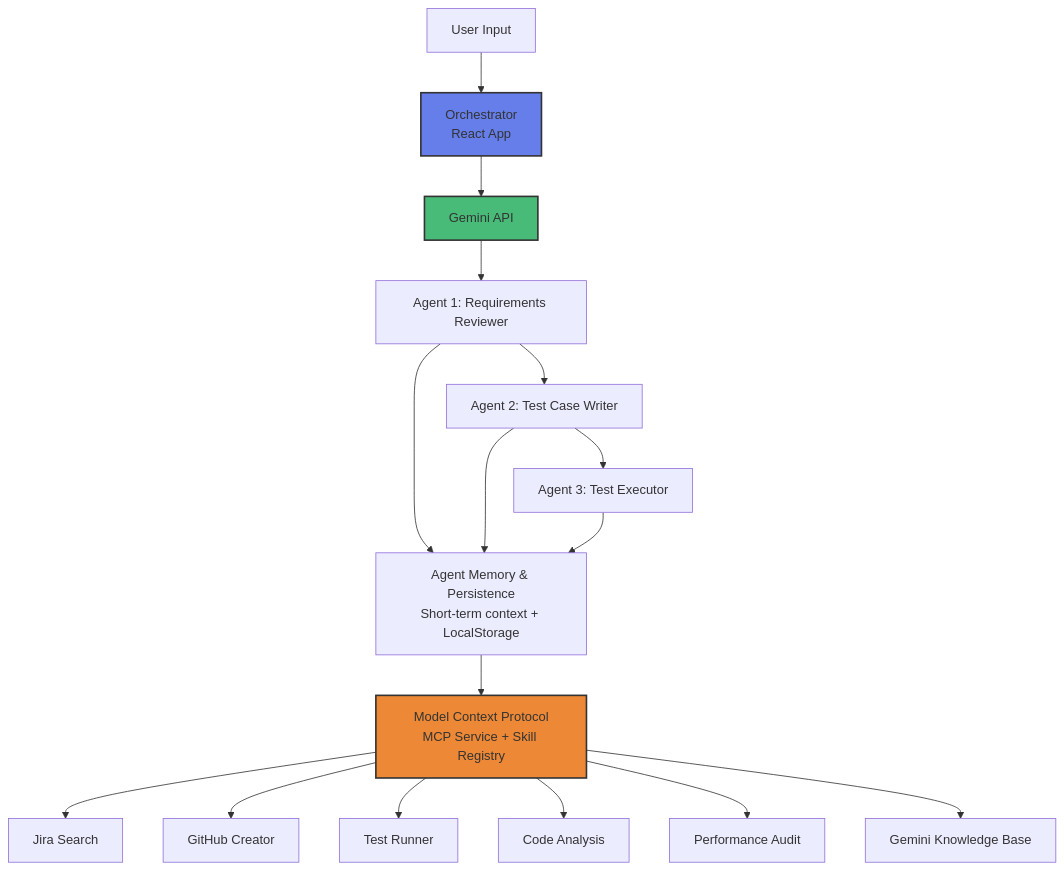
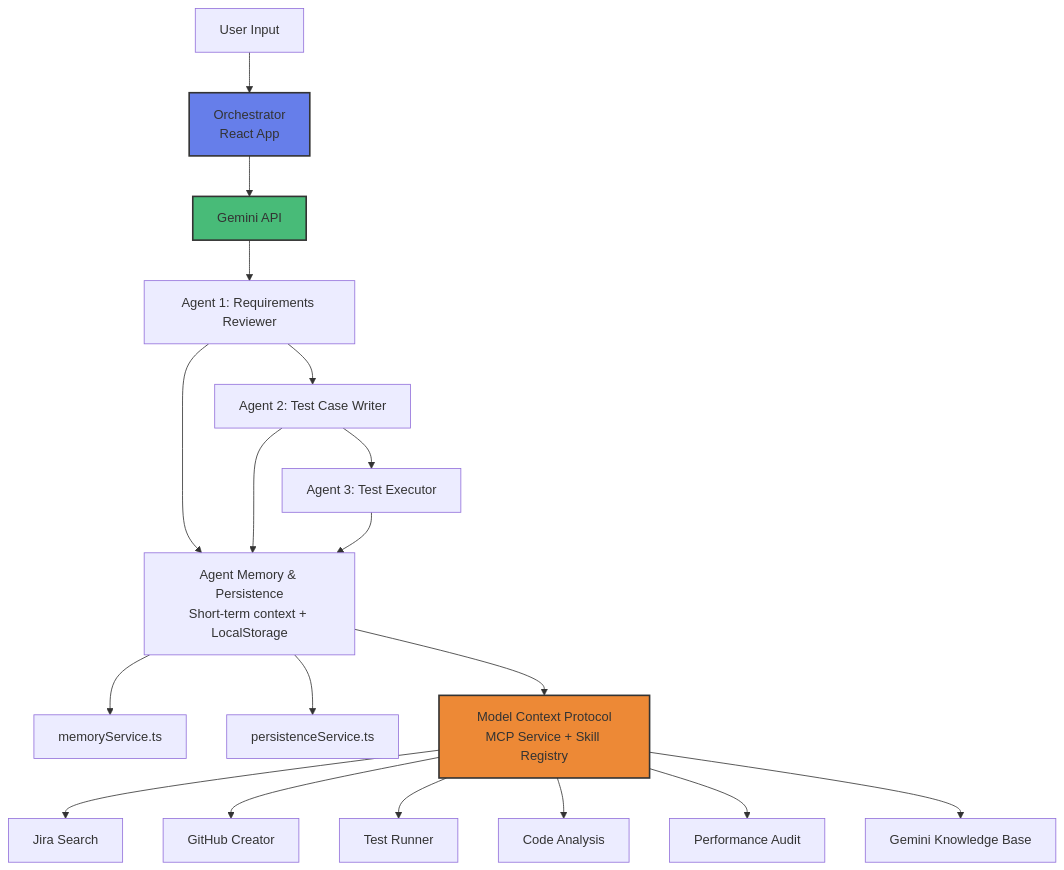
One commit to darshil0/qa-nexus-autonomous changed the diagram in README.md. Above: the diagram before and after it, drawn with Mermaid. The commit also changed other lines of this file and 11 other files, not shown here.

````diff
--- a/README.md
+++ b/README.md
@@ -285,24 +291,26 @@
 ```mermaid
 graph TD
     Input[User Input] --> Orch[Orchestrator<br/>React App]
     Orch --> API[Gemini API]
 
     API --> A1[Agent 1: Requirements Reviewer]
     A1 --> A2[Agent 2: Test Case Writer]
     A2 --> A3[Agent 3: Test Executor]
 
     A1 & A2 & A3 --> Memory[Agent Memory & Persistence<br/>Short-term context + LocalStorage]
+    Memory --> MS[memoryService.ts]
+    Memory --> PS[persistenceService.ts]
 
     Memory --> MCP[Model Context Protocol<br/>MCP Service + Skill Registry]
 
     MCP --> Jira[Jira Search]
     MCP --> Git[GitHub Creator]
     MCP --> Run[Test Runner]
     MCP --> Code[Code Analysis]
     MCP --> Perf[Performance Audit]
     MCP --> KB[Gemini Knowledge Base]
 
     style Orch fill:#667eea,stroke:#333,stroke-width:2px
     style API fill:#48bb78,stroke:#333,stroke-width:2px
     style MCP fill:#ed8936,stroke:#333,stroke-width:2px
 ```
````
